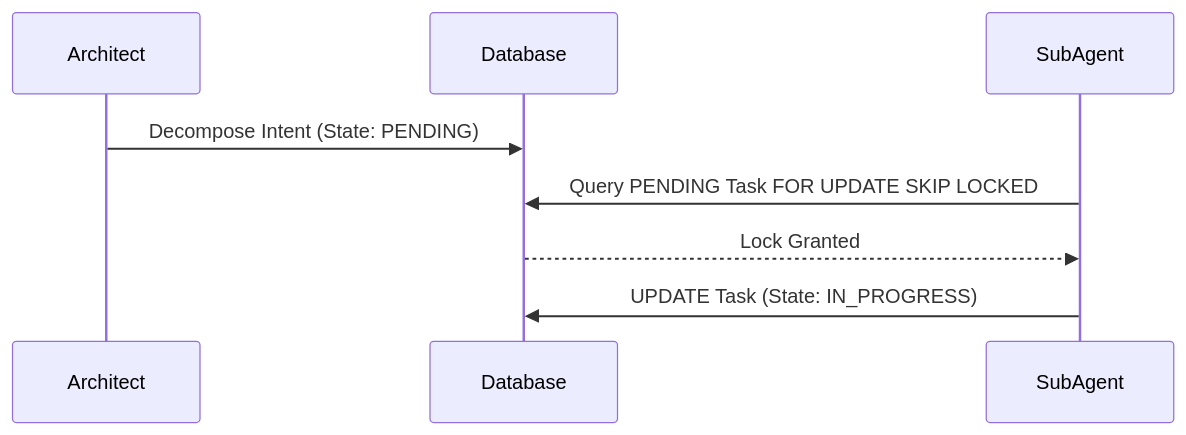
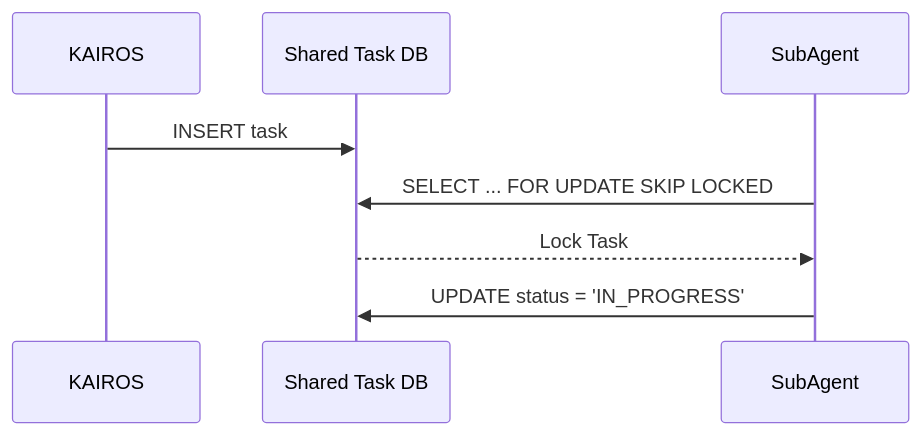
One commit to omnisolo-llc/onehumancorp changed the first of 2 diagrams in docs/architecture/kairos_master_orchestration.md. Above: the diagram before and after it, drawn with Mermaid. The commit also changed other lines of this file and 47 other files, not shown here.

First line of the commit message:
Implement Claude-Class Agent Harness Architecture Design Doc (#5446)

````diff
--- a/docs/architecture/kairos_master_orchestration.md
+++ b/docs/architecture/kairos_master_orchestration.md
@@ -27,11 +24,10 @@
 ```mermaid
 sequenceDiagram
-    participant Architect
-    participant Database
+    participant KAIROS
+    participant TaskDB as Shared Task DB
     participant SubAgent
-
-    Architect->>Database: Decompose Intent (State: PENDING)
-    SubAgent->>Database: Query PENDING Task FOR UPDATE SKIP LOCKED
-    Database-->>SubAgent: Lock Granted
-    SubAgent->>Database: UPDATE Task (State: IN_PROGRESS)
+    KAIROS->>TaskDB: INSERT task
+    SubAgent->>TaskDB: SELECT ... FOR UPDATE SKIP LOCKED
+    TaskDB-->>SubAgent: Lock Task
+    SubAgent->>TaskDB: UPDATE status = 'IN_PROGRESS'
 ```
````
